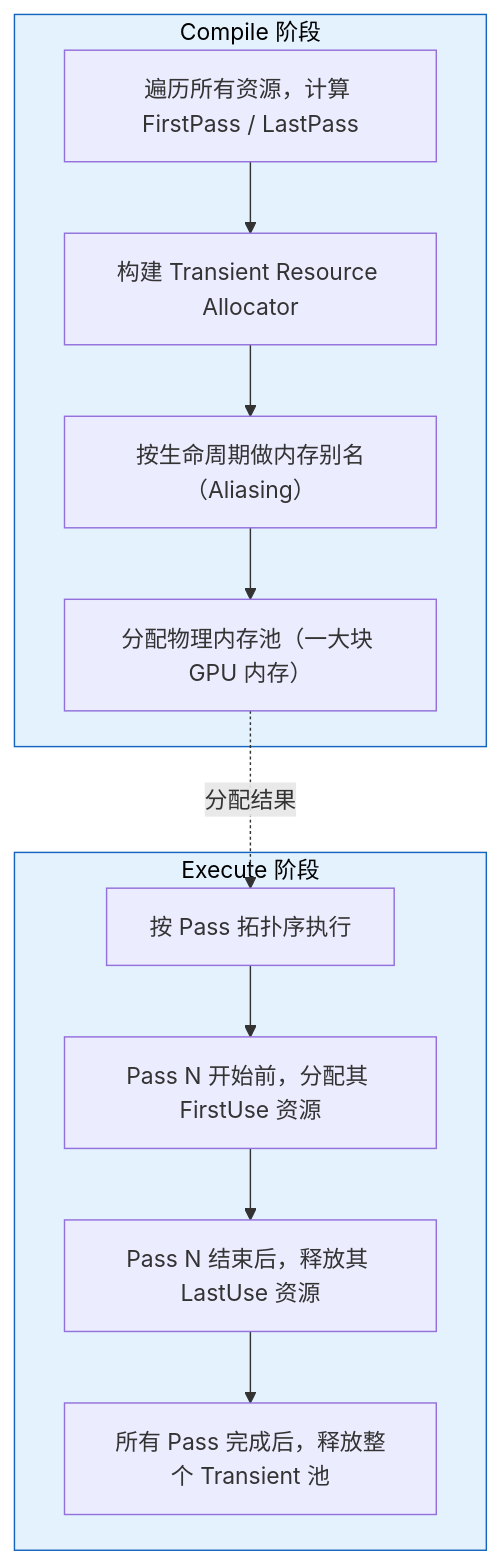
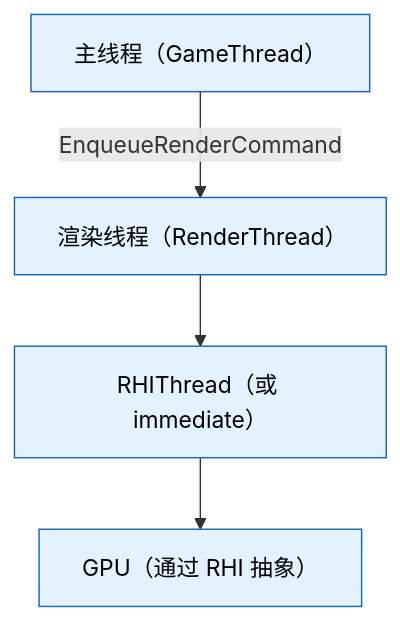
The first of 7 diagrams in references/ue-rendering/card-01-pipeline-overview.md (MotionlessPeri/agent_coding_guidelines), drawn with Mermaid before and after one commit. The commit also changed other lines of this file and 8 other files, not shown here.

````diff
--- a/references/ue-rendering/card-01-pipeline-overview.md
+++ b/references/ue-rendering/card-01-pipeline-overview.md
@@ -183,20 +21,9 @@
 ```mermaid
 flowchart TB
-    subgraph Compile["Compile 阶段"]
-        C1["遍历所有资源，计算 FirstPass / LastPass"]
-        C2["构建 Transient Resource Allocator"]
-        C3["按生命周期做内存别名（Aliasing）"]
-        C4["分配物理内存池（一大块 GPU 内存）"]
-        C1 --> C2 --> C3 --> C4
-    end
-    subgraph Execute["Execute 阶段"]
-        E1["按 Pass 拓扑序执行"]
-        E2["Pass N 开始前，分配其 FirstUse 资源"]
-        E3["Pass N 结束后，释放其 LastUse 资源"]
-        E4["所有 Pass 完成后，释放整个 Transient 池"]
-        E1 --> E2 --> E3 --> E4
-    end
-    C4 -.->|"分配结果"| E1
-    classDef phase fill:#e3f2fd,stroke:#1565c0,color:#000
-    class Compile,Execute phase
+    GT["主线程（GameThread）"] -->|EnqueueRenderCommand| RT["渲染线程（RenderThread）"]
+    RT --> RHI["RHIThread（或 immediate）"]
+    RHI --> GPU["GPU（通过 RHI 抽象）"]
+
+    classDef tier fill:#e3f2fd,stroke:#1565c0,color:#000
+    class GT,RT,RHI,GPU tier
 ```
````
